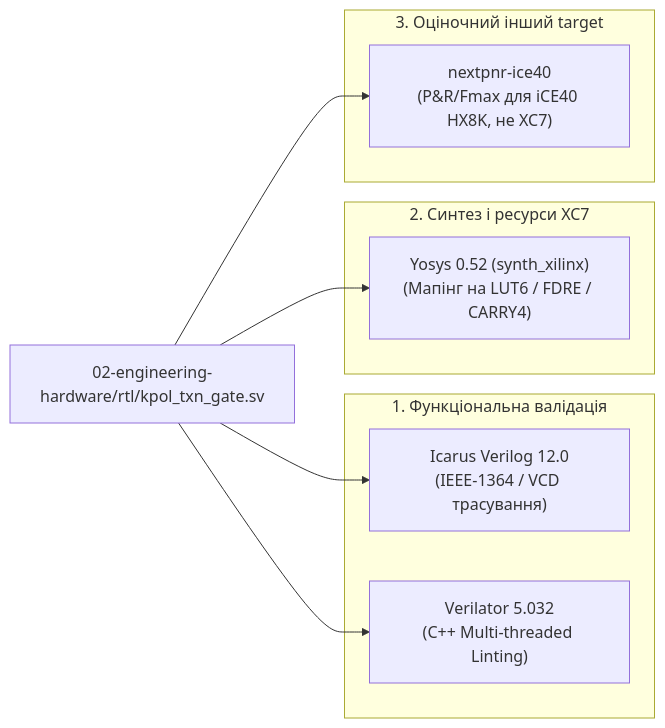
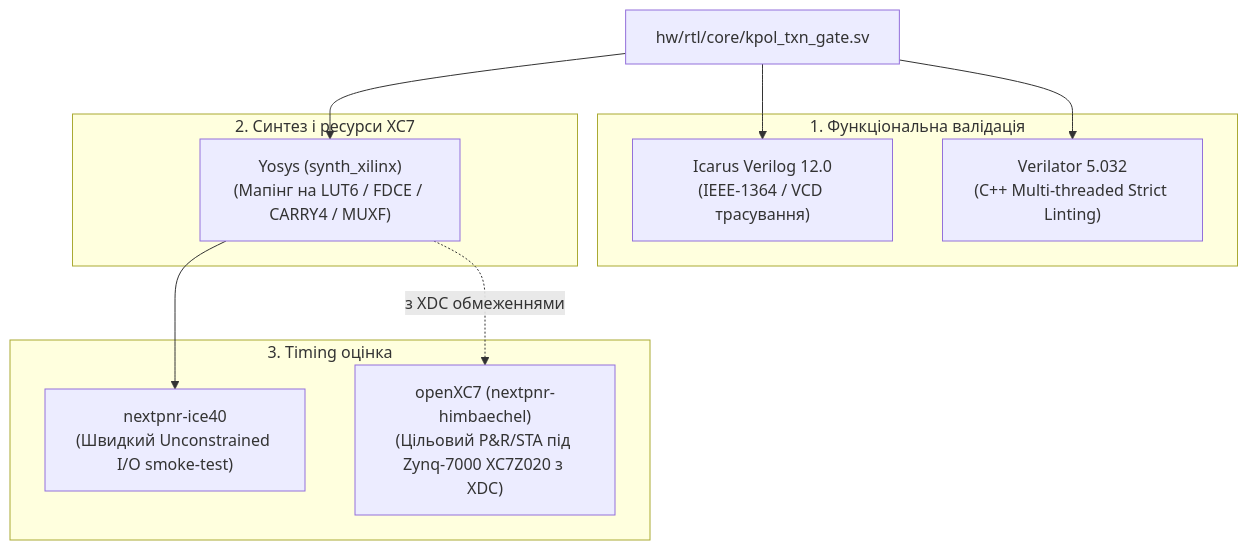
The diagram in hw/RUNBOOK.md (nick-fedchik/kuzmin-machine), drawn with Mermaid before and after one commit. The commit also changed other lines of this file, not shown here.

Commit message:
docs(hw): update RUNBOOK.md to v0.2.0 with canonical repo paths and openXC7 flow

````diff
--- a/hw/RUNBOOK.md
+++ b/hw/RUNBOOK.md
@@ -33,22 +38,24 @@
 ```mermaid
-flowchart LR
-    RTL["02-engineering-hardware/rtl/kpol_txn_gate.sv"]
+flowchart TD
+    RTL["hw/rtl/core/kpol_txn_gate.sv"]
 
     subgraph Sim["1. Функціональна валідація"]
         IV["Icarus Verilog 12.0<br/>(IEEE-1364 / VCD трасування)"]
-        VL["Verilator 5.032<br/>(C++ Multi-threaded Linting)"]
+        VL["Verilator 5.032<br/>(C++ Multi-threaded Strict Linting)"]
     end
 
     subgraph Synth["2. Синтез і ресурси XC7"]
-        YS["Yosys 0.52 (synth_xilinx)<br/>(Мапінг на LUT6 / FDRE / CARRY4)"]
+        YS["Yosys (synth_xilinx)<br/>(Мапінг на LUT6 / FDCE / CARRY4 / MUXF)"]
     end
 
-    subgraph Timing["3. Оціночний інший target"]
-        PNR["nextpnr-ice40<br/>(P&R/Fmax для iCE40 HX8K, не XC7)"]
+    subgraph Timing["3. Timing оцінка"]
+        PNR_ICE["nextpnr-ice40<br/>(Швидкий Unconstrained I/O smoke-test)"]
+        PNR_XC7["openXC7 (nextpnr-himbaechel)<br/>(Цільовий P&R/STA під Zynq-7000 XC7Z020 з XDC)"]
     end
 
     RTL --> IV
     RTL --> VL
     RTL --> YS
-    RTL --> PNR
+    YS --> PNR_ICE
+    YS -.->|з XDC обмеженнями| PNR_XC7
 ```
````
